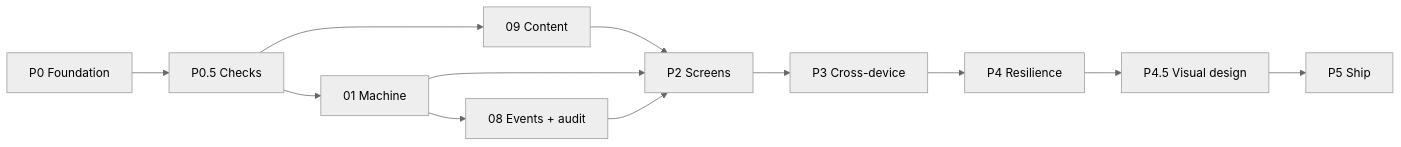
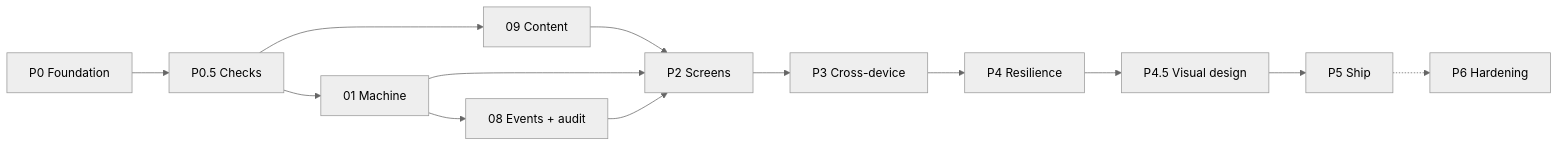
One commit to Karabo-Seipelo/Tsogo-KYC changed the diagram in specs/PLAN.md. Above: the diagram before and after it, drawn with Mermaid (neutral theme). The commit also changed other lines of this file and 7 other files, not shown here.

````diff
--- a/specs/PLAN.md
+++ b/specs/PLAN.md
@@ -26,14 +27,15 @@
 ```mermaid
 flowchart LR
   P0[P0 Foundation] --> Q[P0.5 Checks]
   Q --> C09[09 Content]
   Q --> C01[01 Machine]
   C01 --> C08[08 Events + audit]
   C09 --> UI[P2 Screens]
   C01 --> UI
   C08 --> UI
   UI --> X[P3 Cross-device]
   X --> R[P4 Resilience]
   R --> V[P4.5 Visual design]
   V --> S[P5 Ship]
+  S -.-> H[P6 Hardening]
 ```
````
